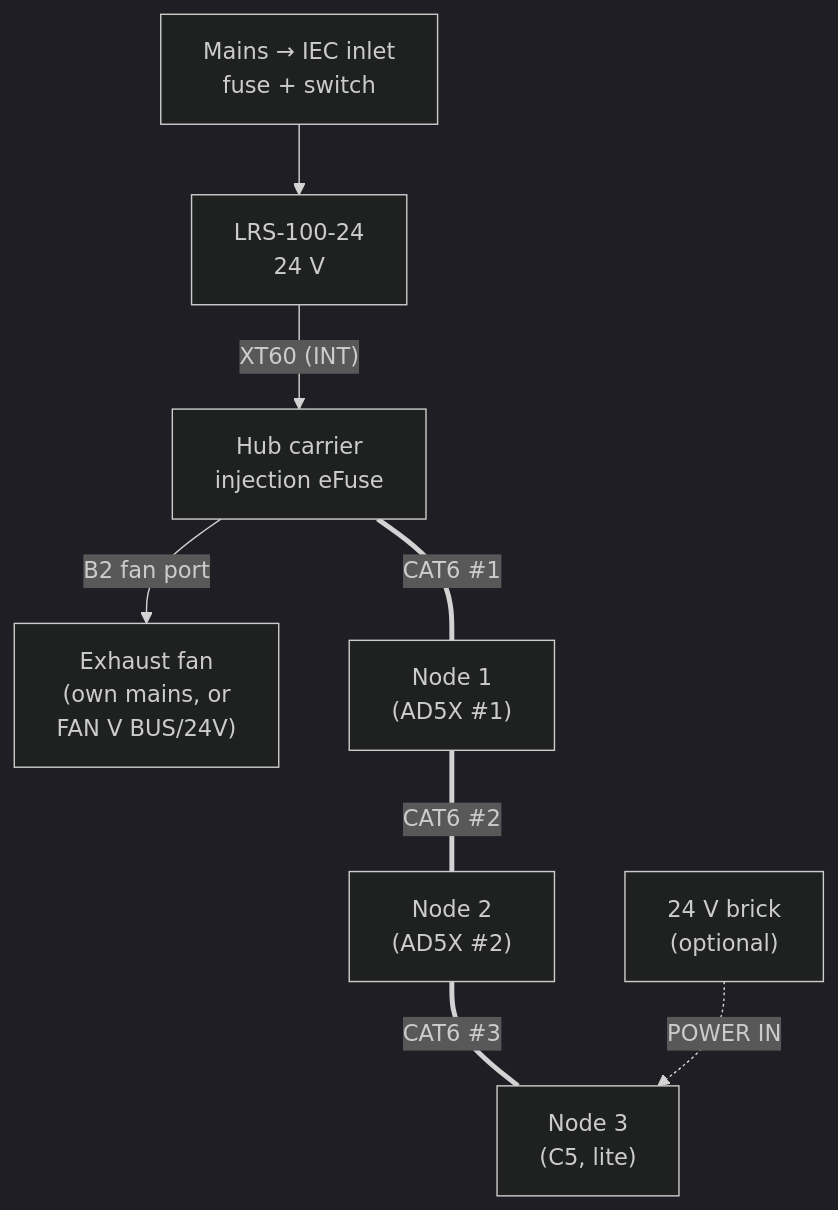
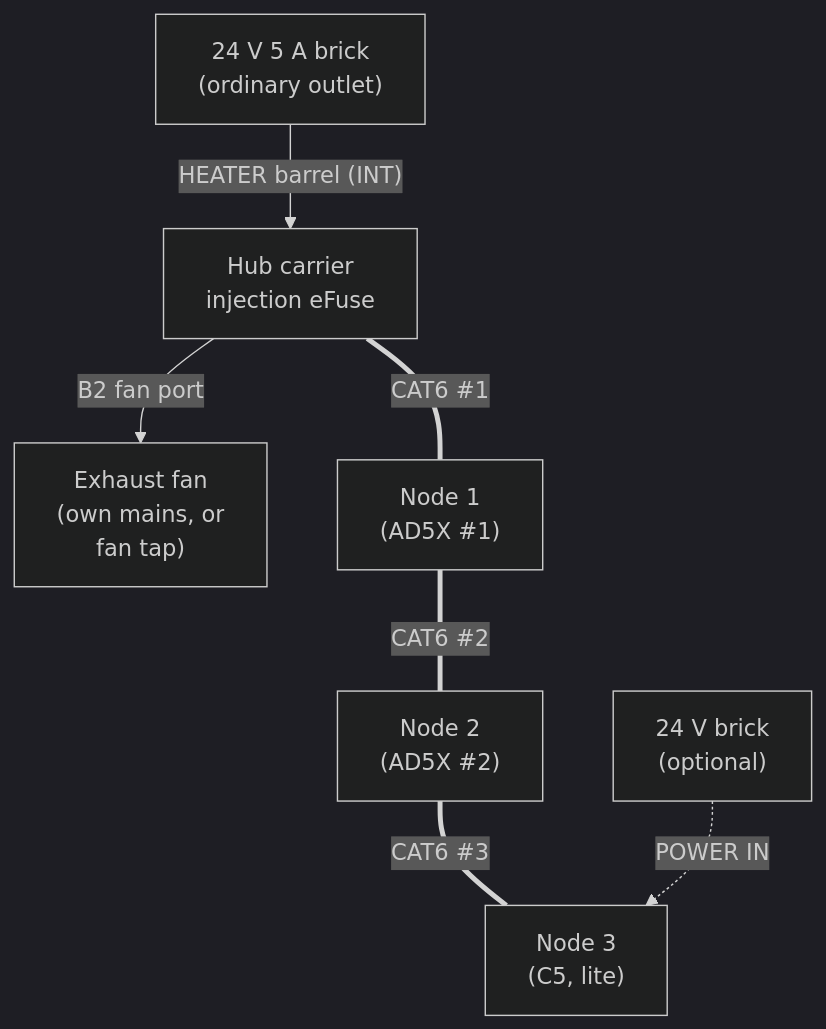
The first of 3 diagrams in docs/04_wiring_and_pinouts.md (BashfulBits/3dp-fleet-exhaust), drawn with Mermaid (dark theme) before and after one commit. The commit also changed other lines of this file and 6 other files, not shown here.

First line of the commit message:
D92: drop the FAN V jumper; reference hub on a HEATER-barrel brick

````diff
--- a/docs/04_wiring_and_pinouts.md
+++ b/docs/04_wiring_and_pinouts.md
@@ -9,10 +9,9 @@
 ```mermaid
 flowchart TB
-  IEC["Mains → IEC inlet<br>fuse + switch"] --> PSU["LRS-100-24<br>24 V"]
-  PSU -->|"XT60 (INT)"| HC["Hub carrier<br>injection eFuse"]
-  HC -->|"B2 fan port"| FAN["Exhaust fan<br>(own mains, or<br>FAN V BUS/24V)"]
+  PSU["24 V 5 A brick<br>(ordinary outlet)"] -->|"HEATER barrel (INT)"| HC["Hub carrier<br>injection eFuse"]
+  HC -->|"B2 fan port"| FAN["Exhaust fan<br>(own mains, or<br>fan tap)"]
   HC ===|"CAT6 #1"| N1["Node 1<br>(AD5X #1)"]
   N1 ===|"CAT6 #2"| N2["Node 2<br>(AD5X #2)"]
   N2 ===|"CAT6 #3"| N3["Node 3<br>(C5, lite)"]
   BR["24 V brick<br>(optional)"] -.->|"POWER IN"| N3
 ```
````
